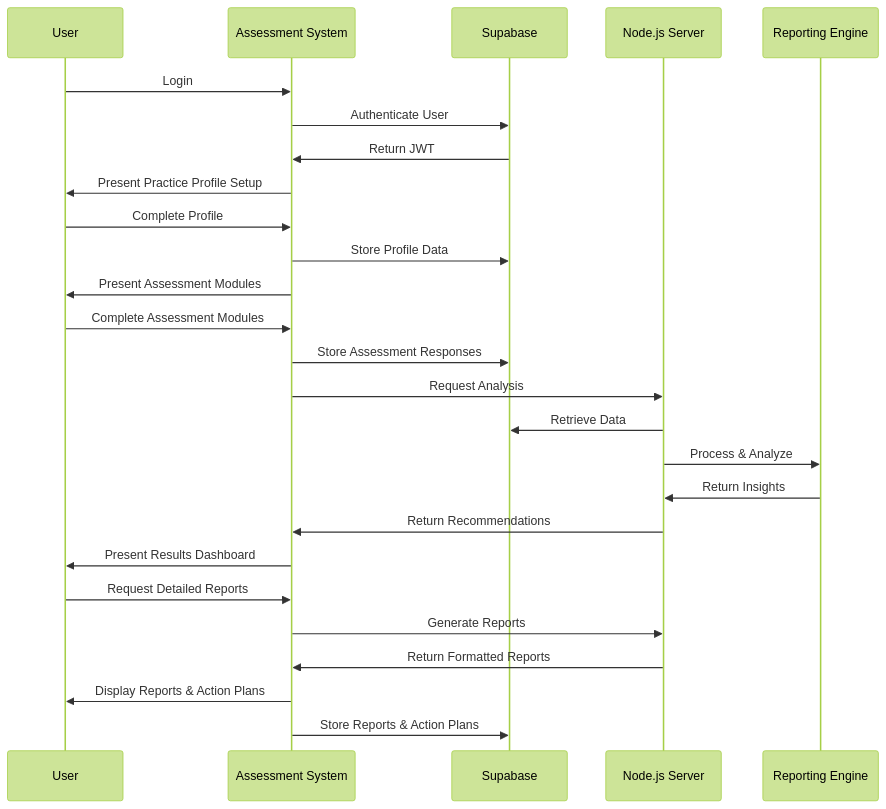
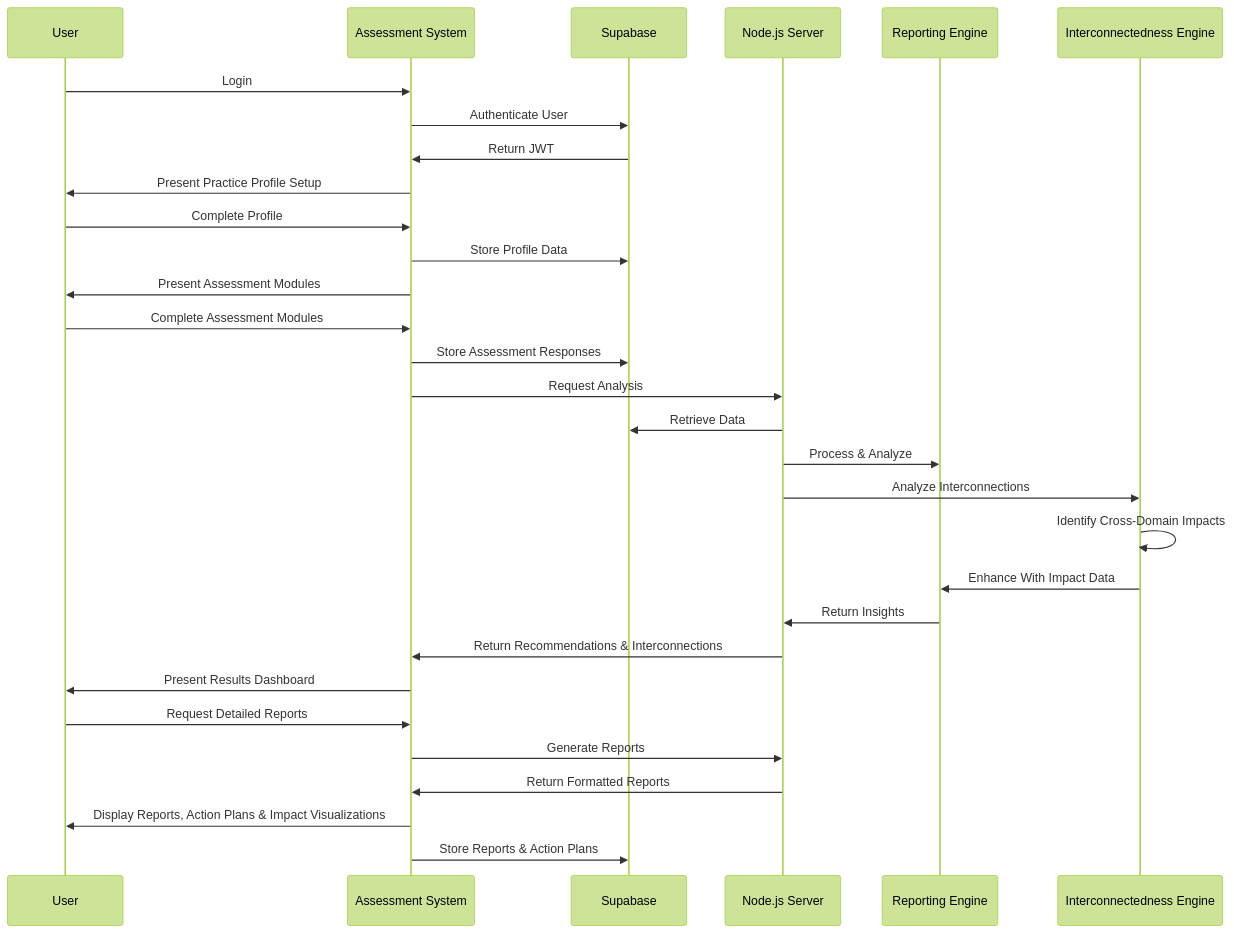
The fourth of 4 diagrams in .ai/arch.md (billynoodle/cursor-auto-rules-agile-workflow), drawn with Mermaid (forest theme) before and after one commit. The commit also changed other lines of this file and 606 other files, not shown here.

````diff
--- a/.ai/arch.md
+++ b/.ai/arch.md
@@ -79,29 +118,33 @@
 ```mermaid
 sequenceDiagram
     participant U as User
     participant A as Assessment System
     participant S as Supabase
     participant N as Node.js Server
     participant R as Reporting Engine
+    participant I as Interconnectedness Engine
     
     U->>A: Login
     A->>S: Authenticate User
     S->>A: Return JWT
     A->>U: Present Practice Profile Setup
     U->>A: Complete Profile
     A->>S: Store Profile Data
     A->>U: Present Assessment Modules
     U->>A: Complete Assessment Modules
     A->>S: Store Assessment Responses
     A->>N: Request Analysis
     N->>S: Retrieve Data
     N->>R: Process & Analyze
+    N->>I: Analyze Interconnections
+    I->>I: Identify Cross-Domain Impacts
+    I->>R: Enhance With Impact Data
     R->>N: Return Insights
-    N->>A: Return Recommendations
+    N->>A: Return Recommendations & Interconnections
     A->>U: Present Results Dashboard
     U->>A: Request Detailed Reports
     A->>N: Generate Reports
     N->>A: Return Formatted Reports
-    A->>U: Display Reports & Action Plans
+    A->>U: Display Reports, Action Plans & Impact Visualizations
     A->>S: Store Reports & Action Plans
 ```
````
